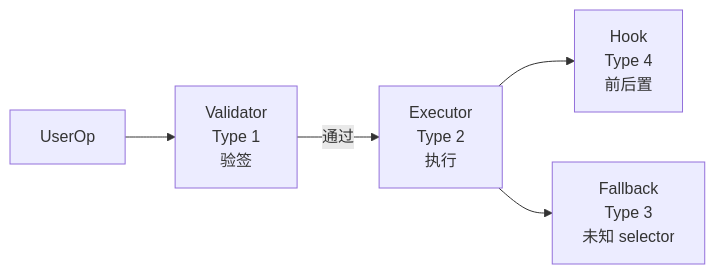
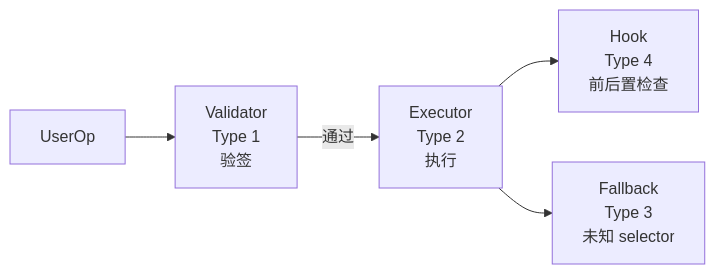
Before and after one commit to ChuwuYo/misc-files: the fifth of 5 diagrams in web3-engineer-guide/10-前端与账户抽象/README.md, drawn with Mermaid. The commit also changed other lines of this file and 211 other files, not shown here.

````diff
--- a/web3-engineer-guide/10-前端与账户抽象/README.md
+++ b/web3-engineer-guide/10-前端与账户抽象/README.md
@@ -1321,7 +1411,7 @@
 ```mermaid
 flowchart LR
   UO[UserOp] --> V[Validator<br/>Type 1<br/>验签]
   V -->|通过| E[Executor<br/>Type 2<br/>执行]
-  E --> H[Hook<br/>Type 4<br/>前后置]
+  E --> H[Hook<br/>Type 4<br/>前后置检查]
   E --> F[Fallback<br/>Type 3<br/>未知 selector]
 ```
````
